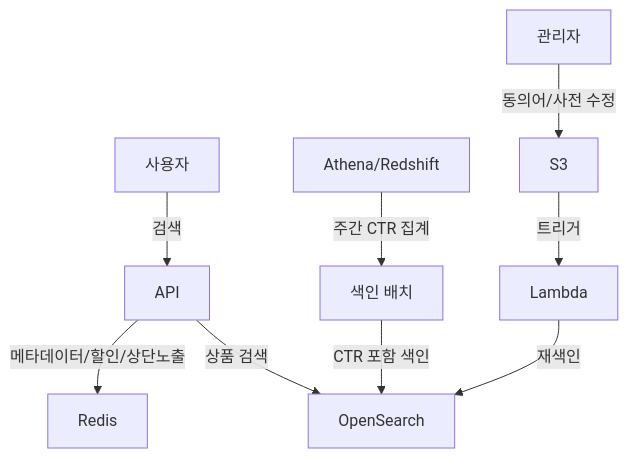
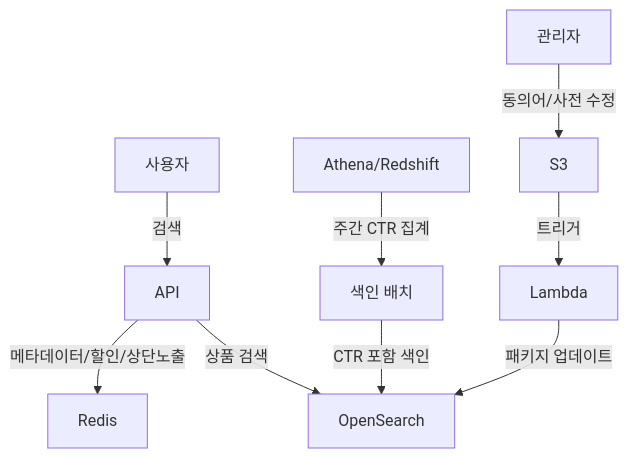
The diagram in portfolio/projects/opensearch-search-engine/index.md (banggeunho/banggeunho), drawn with Mermaid before and after one commit. The commit also changed other lines of this file and 7 other files, not shown here.

````diff
--- a/portfolio/projects/opensearch-search-engine/index.md
+++ b/portfolio/projects/opensearch-search-engine/index.md
@@ -98,13 +98,13 @@
 ```mermaid
 graph TB
     A[사용자] -->|검색| B[API]
     B -->|메타데이터/할인/상단노출| C[Redis]
     B -->|상품 검색| D[OpenSearch]
 
     E[Athena/Redshift] -->|주간 CTR 집계| F[색인 배치]
     F -->|CTR 포함 색인| D
 
     G[관리자] -->|동의어/사전 수정| H[S3]
     H -->|트리거| I[Lambda]
-    I -->|재색인| D
+    I -->|패키지 업데이트| D
 ```
````
